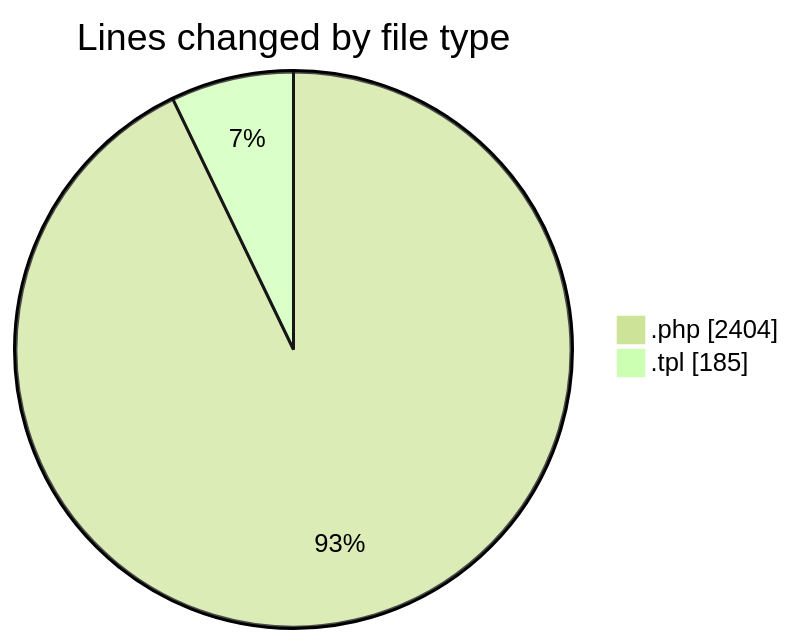
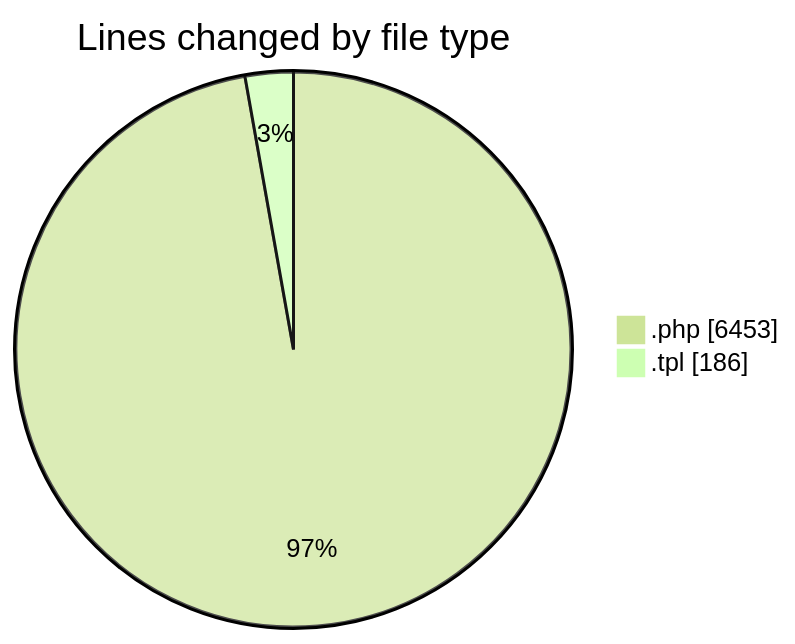
One commit to vahidmafi/code-tracking changed the first of 2 diagrams in 2025-08-26/shop/README.md. Above: the diagram before and after it, drawn with Mermaid (forest theme). The commit also changed other lines of this file and 1 other file, not shown here.

````diff
--- a/2025-08-26/shop/README.md
+++ b/2025-08-26/shop/README.md
@@ -23,6 +24,6 @@
 ```mermaid
 pie showData
 title Lines changed by file type
-".php" : 2404
-".tpl" : 185
+".php" : 6453
+".tpl" : 186
 ```
````
